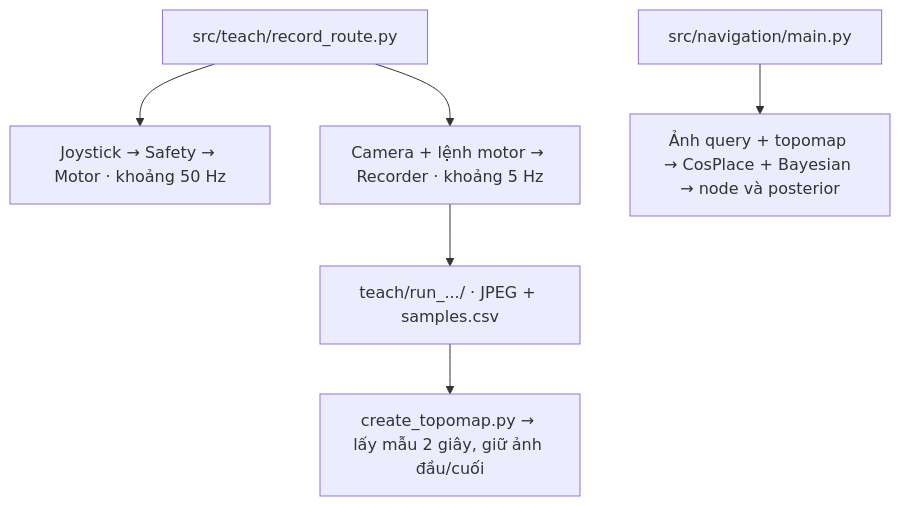
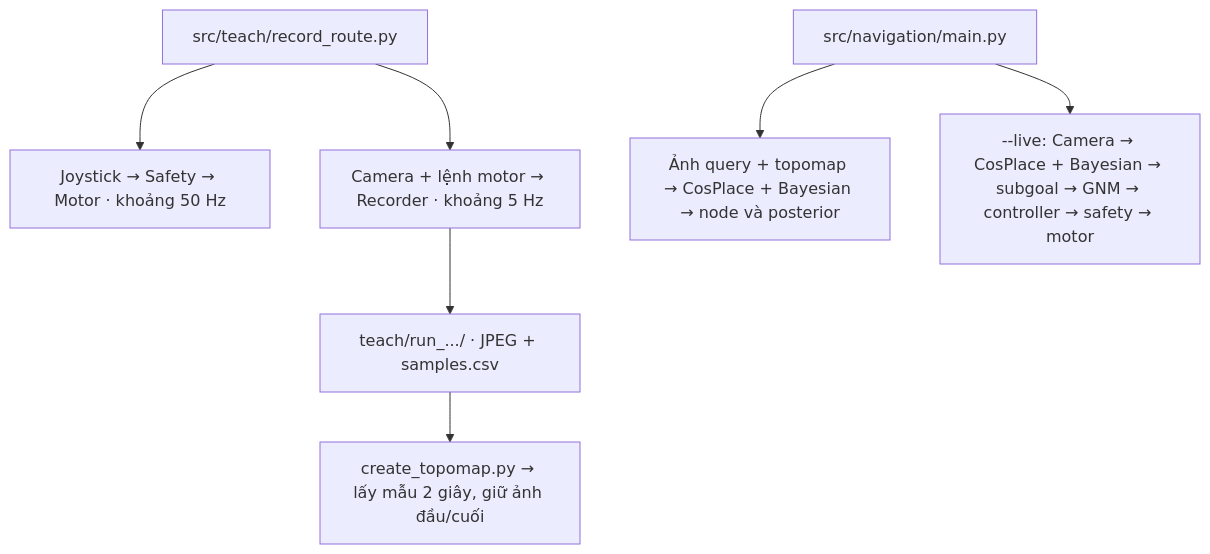
Before and after one commit to ToiLaKiet/the-patrol-jetbot: the diagram in README.md, drawn with Mermaid. The commit also changed other lines of this file and 11 other files, not shown here.

````diff
--- a/README.md
+++ b/README.md
@@ -11,10 +11,11 @@
 ```mermaid
 flowchart TD
     Teach["src/teach/record_route.py"]
     Navigation["src/navigation/main.py"]
     Teach --> Joystick["Joystick → Safety → Motor · khoảng 50 Hz"]
     Teach --> Recorder["Camera + lệnh motor → Recorder · khoảng 5 Hz"]
     Recorder --> Data["teach/run_.../ · JPEG + samples.csv"]
     Data --> Topomap["create_topomap.py → lấy mẫu 2 giây, giữ ảnh đầu/cuối"]
     Navigation --> Localization["Ảnh query + topomap → CosPlace + Bayesian → node và posterior"]
+    Navigation --> Live["--live: Camera → CosPlace + Bayesian → subgoal → GNM → controller → safety → motor"]
 ```
````
